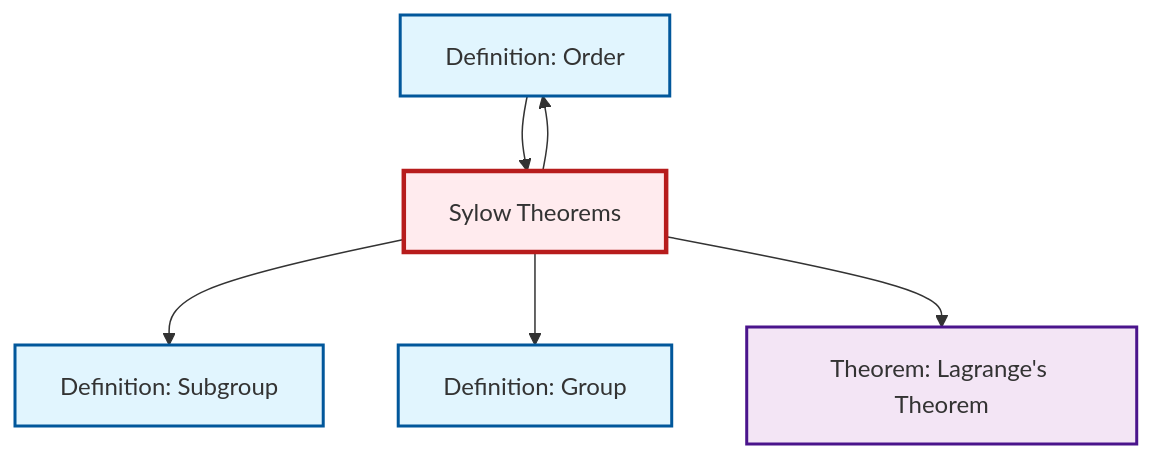
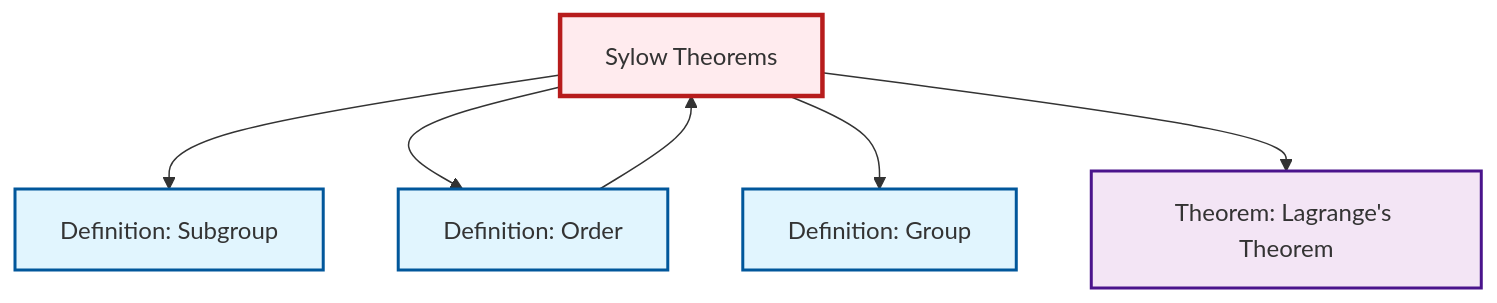
The diagram in content/en/algebra/thm-sylow.qmd (RK0429/ModernMath), drawn with Mermaid before and after one commit. The commit also changed other lines of this file and 619 other files, not shown here.

````diff
--- a/content/en/algebra/thm-sylow.qmd
+++ b/content/en/algebra/thm-sylow.qmd
@@ -85,24 +85,24 @@
 ```{mermaid}
 %%| fig-cap: "Local dependency graph"
 graph TD
     classDef definition fill:#e1f5fe,stroke:#01579b,stroke-width:2px
     classDef theorem fill:#f3e5f5,stroke:#4a148c,stroke-width:2px
     classDef axiom fill:#fff3e0,stroke:#e65100,stroke-width:2px
     classDef example fill:#e8f5e9,stroke:#1b5e20,stroke-width:2px
     classDef current fill:#ffebee,stroke:#b71c1c,stroke-width:3px
     thm-lagrange["Theorem: Lagrange's Theorem"]:::theorem
-    def-order["Definition: Order"]:::definition
-    thm-sylow["Sylow Theorems"]:::theorem
     def-group["Definition: Group"]:::definition
     def-subgroup["Definition: Subgroup"]:::definition
+    thm-sylow["Sylow Theorems"]:::theorem
+    def-order["Definition: Order"]:::definition
     thm-sylow --> def-subgroup
+    thm-sylow --> def-order
     thm-sylow --> def-group
     thm-sylow --> thm-lagrange
-    thm-sylow --> def-order
     def-order --> thm-sylow
     class thm-sylow current
     click thm-lagrange "thm-lagrange.html" "Go to Lagrange's Theorem theorem"
-    click def-order "def-order.html" "Go to Order definition"
     click def-group "def-group.html" "Go to Group definition"
     click def-subgroup "def-subgroup.html" "Go to Subgroup definition"
+    click def-order "def-order.html" "Go to Order definition"
 ```
````
